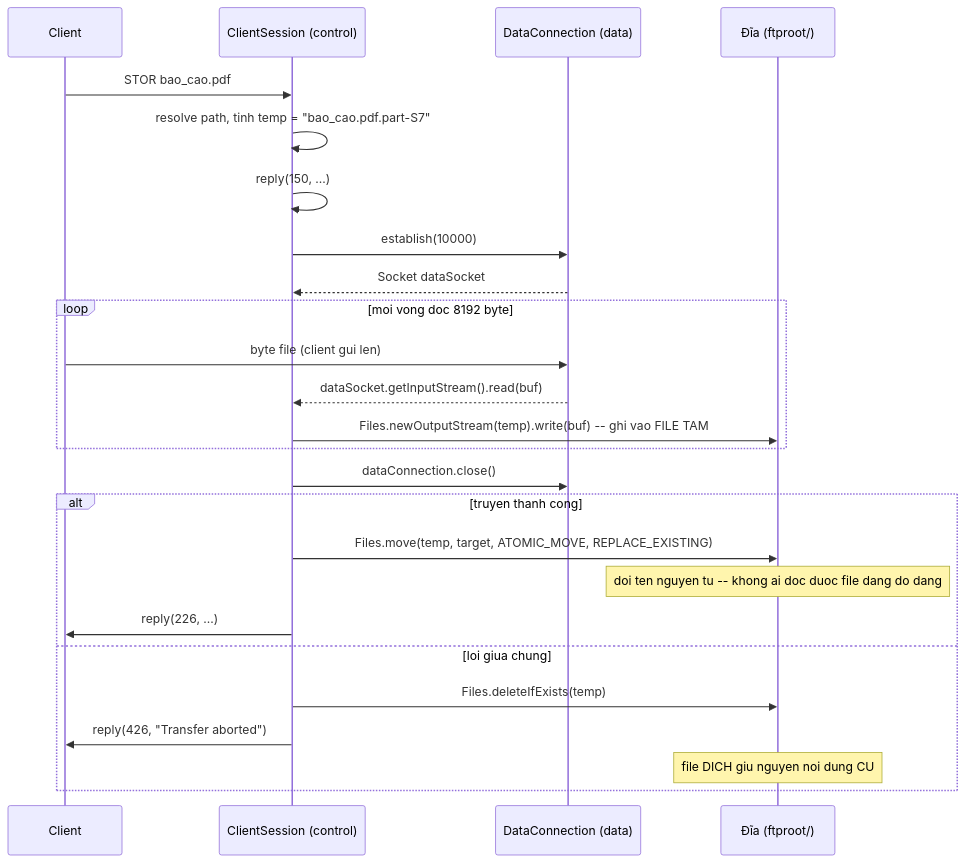
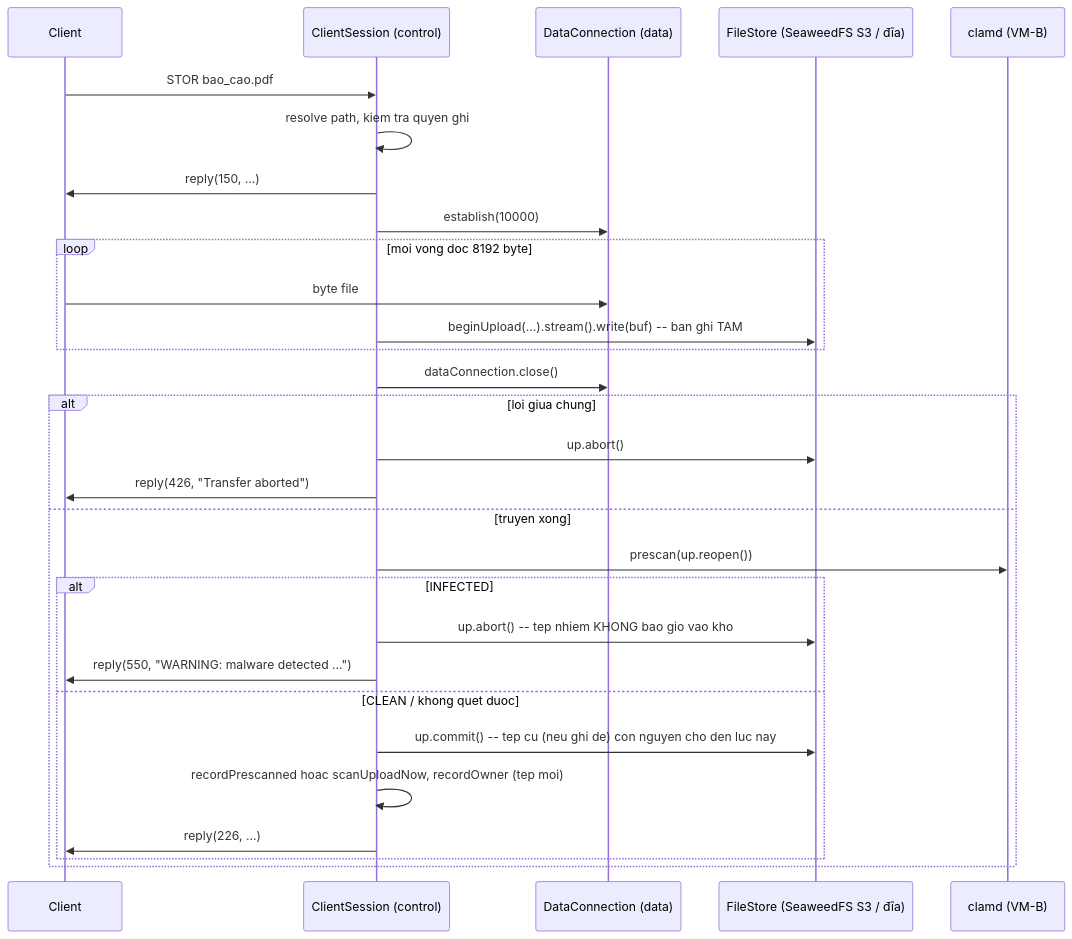
Before and after one commit to toannd135/BTL_LTM: the second of 2 diagrams in ftp/LUONG-DU-LIEU.md, drawn with Mermaid. The commit also changed other lines of this file and 7 other files, not shown here.

````diff
--- a/ftp/LUONG-DU-LIEU.md
+++ b/ftp/LUONG-DU-LIEU.md
@@ -247,28 +247,32 @@
 ```mermaid
 sequenceDiagram
     participant C as Client
     participant CS as ClientSession (control)
     participant DC as DataConnection (data)
-    participant FS as Đĩa (ftproot/)
+    participant FS as FileStore (SeaweedFS S3 / đĩa)
+    participant AV as clamd (VM-B)
 
     C->>CS: STOR bao_cao.pdf
-    CS->>CS: resolve path, tinh temp = "bao_cao.pdf.part-S7"
-    CS->>CS: reply(150, ...)
+    CS->>CS: resolve path, kiem tra quyen ghi
+    CS->>C: reply(150, ...)
     CS->>DC: establish(10000)
-    DC-->>CS: Socket dataSocket
     loop moi vong doc 8192 byte
-        C->>DC: byte file (client gui len)
-        DC-->>CS: dataSocket.getInputStream().read(buf)
-        CS->>FS: Files.newOutputStream(temp).write(buf)  -- ghi vao FILE TAM
+        C->>DC: byte file
+        CS->>FS: beginUpload(...).stream().write(buf)  -- ban ghi TAM
     end
     CS->>DC: dataConnection.close()
-    alt truyen thanh cong
-        CS->>FS: Files.move(temp, target, ATOMIC_MOVE, REPLACE_EXISTING)
-        Note over FS: doi ten nguyen tu -- khong ai doc duoc file dang do dang
-        CS->>C: reply(226, ...)
-    else loi giua chung
-        CS->>FS: Files.deleteIfExists(temp)
+    alt loi giua chung
+        CS->>FS: up.abort()
         CS->>C: reply(426, "Transfer aborted")
-        Note over FS: file DICH giu nguyen noi dung CU
+    else truyen xong
+        CS->>AV: prescan(up.reopen())
+        alt INFECTED
+            CS->>FS: up.abort() -- tep nhiem KHONG bao gio vao kho
+            CS->>C: reply(550, "WARNING: malware detected ...")
+        else CLEAN / khong quet duoc
+            CS->>FS: up.commit() -- tep cu (neu ghi de) con nguyen cho den luc nay
+            CS->>CS: recordPrescanned hoac scanUploadNow, recordOwner (tep moi)
+            CS->>C: reply(226, ...)
+        end
     end
 ```
````
